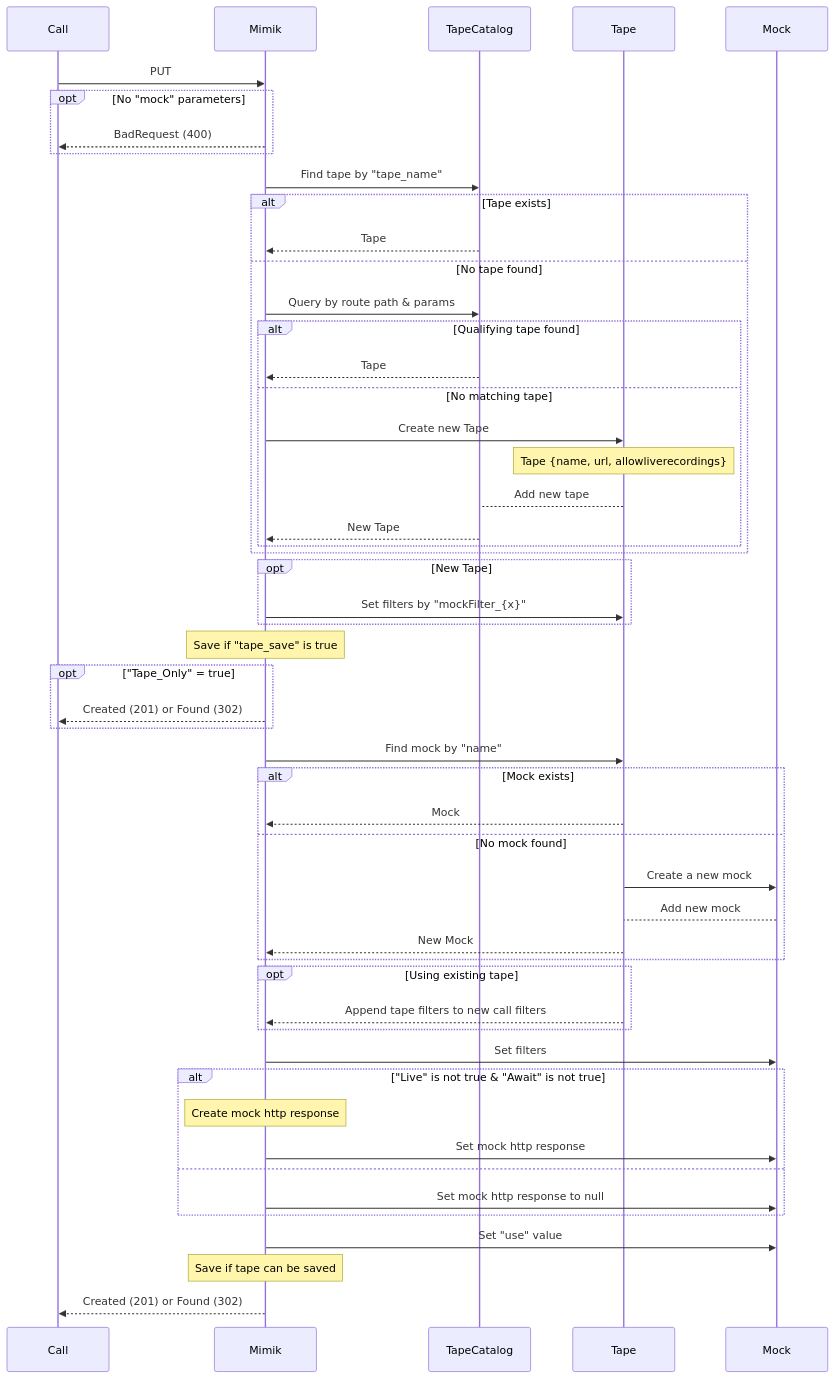
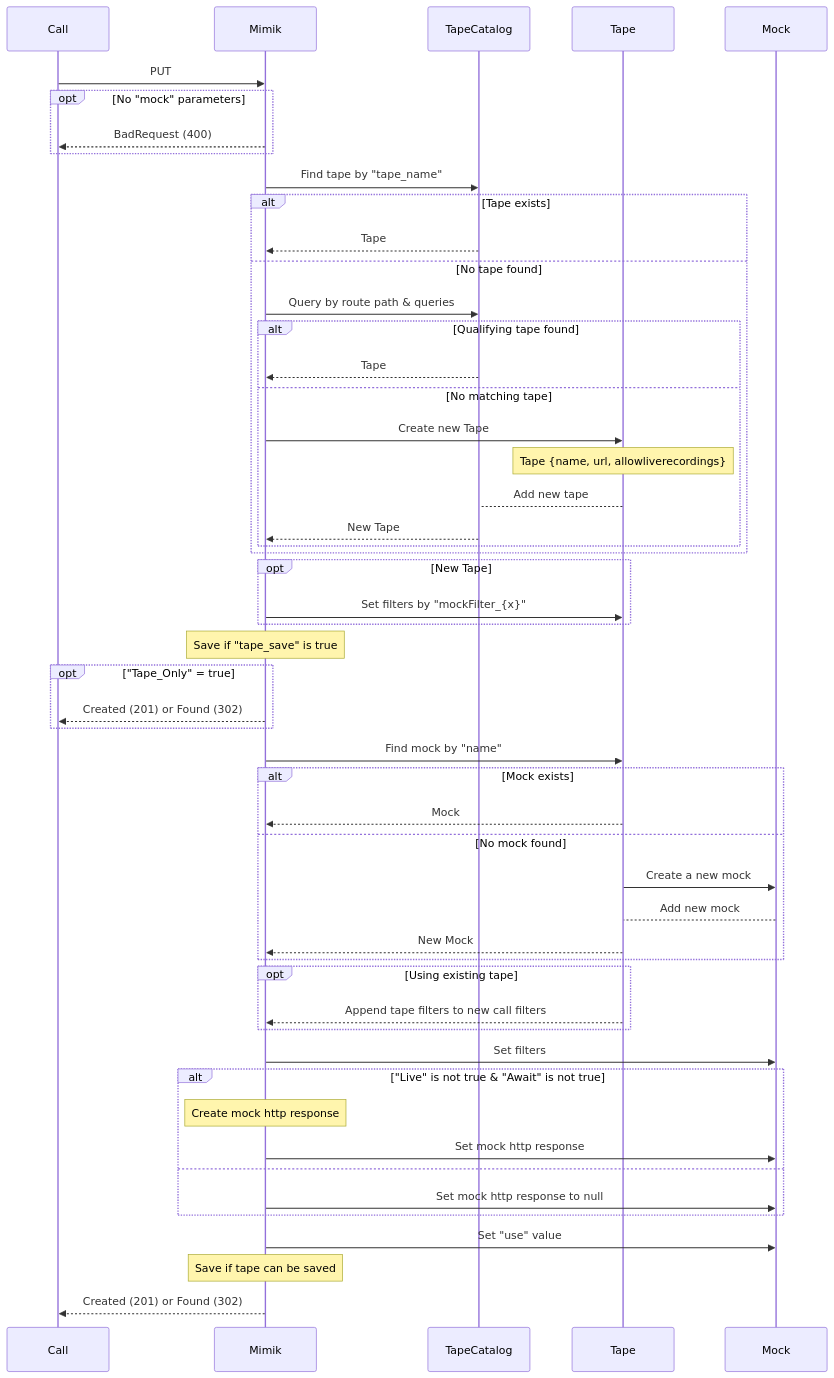
One commit to migueln1987/Mimik-1 changed the first of 2 diagrams in Docs/actionCharts.md. Above: the diagram before and after it, drawn with Mermaid. The commit also changed other lines of this file and 8 other files, not shown here.

````diff
--- a/Docs/actionCharts.md
+++ b/Docs/actionCharts.md
@@ -4,62 +4,62 @@
 ```mermaid
 sequenceDiagram
 participant in as Call
 participant m as Mimik
 participant g as TapeCatalog
 participant t as Tape
 participant c as Mock
 
 in->>m: PUT
 opt No "mock" parameters
 	m-->>in: BadRequest (400)
 end
 
 m->>g: Find tape by "tape_name"
 alt Tape exists
 	g-->>m: Tape
 else No tape found
-	m->>g: Query by route path & params
+	m->>g: Query by route path & queries
 	alt Qualifying tape found
 		g-->>m: Tape
 	else No matching tape
 		m->>t: Create new Tape
 		Note over t: Tape {name, url, allowliverecordings}
 		t-->g: Add new tape
 		g-->>m: New Tape
 	end
 end
 opt New Tape
 	m->>t: Set filters by "mockFilter_{x}"
 end
 Note over m: Save if "tape_save" is true
 
 opt "Tape_Only" = true
 	m-->>in: Created (201) or Found (302)
 end
 
 m->>t: Find mock by "name"
 alt Mock exists
 	t-->>m: Mock
 else No mock found
 	t->>c: Create a new mock
 	c-->t: Add new mock
 	t-->>m: New Mock
 end
 
 opt Using existing tape
 	t-->>m: Append tape filters to new call filters
 end
 m->>c: Set filters
 
 alt "Live" is not true & "Await" is not true
 	Note over m: Create mock http response
 	m->>c: Set mock http response
 else
 	m->>c: Set mock http response to null
 end
 
 m->>c: Set "use" value
 Note over m: Save if tape can be saved
 
 m-->>in: Created (201) or Found (302)
 ```
````
